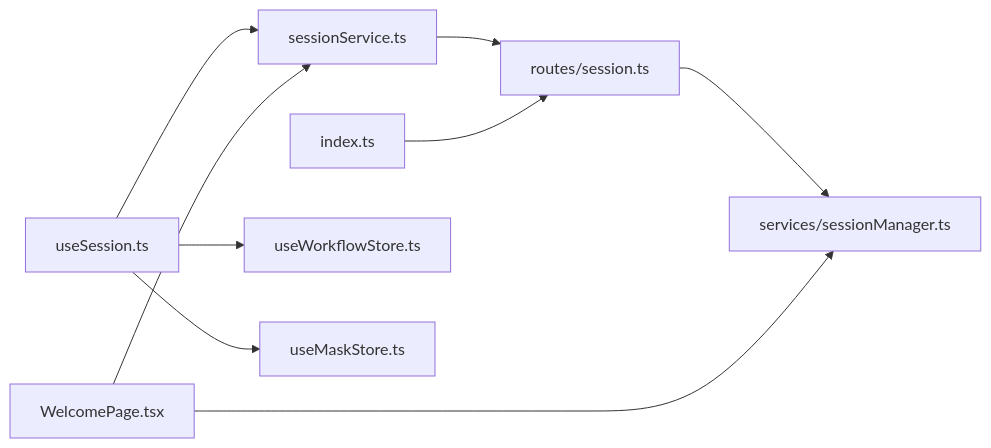
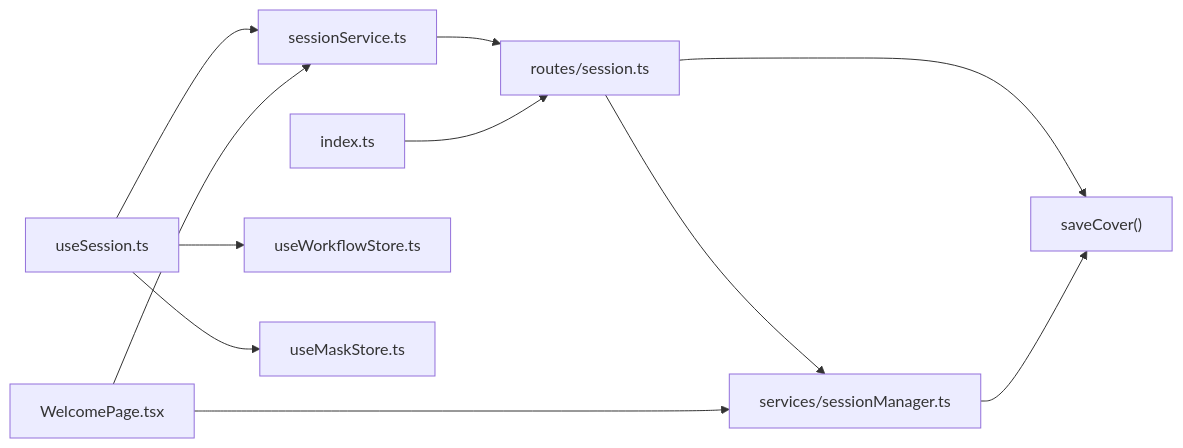
One commit to billye220670/CorineKit_Pix2Real changed the tenth of 10 diagrams in .qoder/repowiki/zh/content/会话管理/会话管理.md. Above: the diagram before and after it, drawn with Mermaid. The commit also changed other lines of this file and 14 other files, not shown here.

````diff
--- a/.qoder/repowiki/zh/content/会话管理/会话管理.md
+++ b/.qoder/repowiki/zh/content/会话管理/会话管理.md
@@ -442,11 +523,13 @@
 ```mermaid
 graph LR
 Hook["useSession.ts"] --> Svc["sessionService.ts"]
 Svc --> Route["routes/session.ts"]
 Route --> Mgr["services/sessionManager.ts"]
+Route --> SaveCover["saveCover()"]
+Mgr --> SaveCover
 Index["index.ts"] --> Route
 Hook --> WF["useWorkflowStore.ts"]
 Hook --> MSK["useMaskStore.ts"]
 WEL["WelcomePage.tsx"] --> Svc
 WEL --> Mgr
 ```
````
